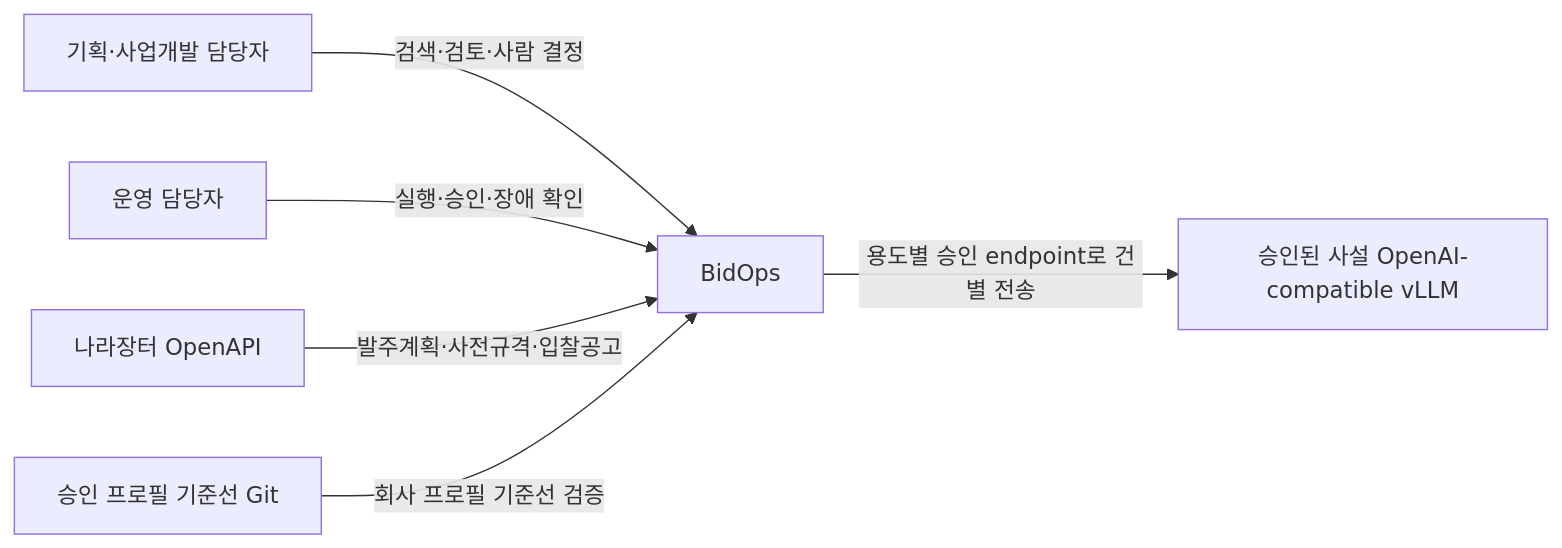
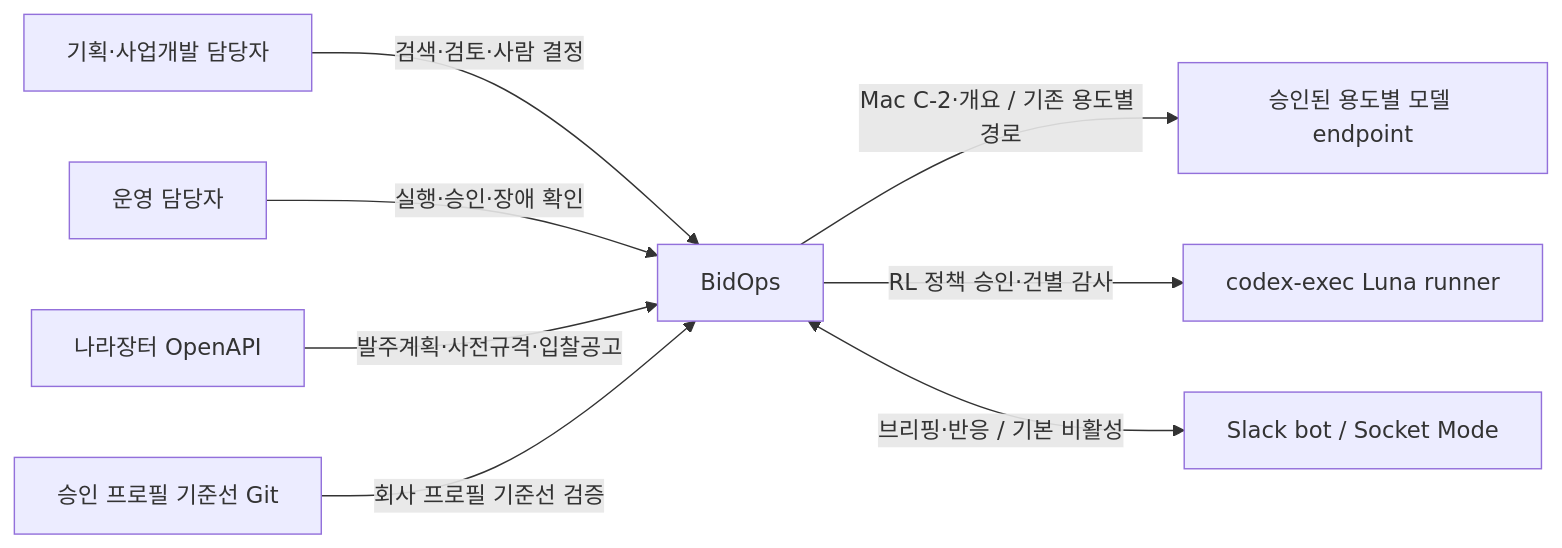
One commit to jechoiyyy/bidops changed the first of 9 diagrams in docs/ARCHITECTURE.md. Above: the diagram before and after it, drawn with Mermaid. The commit also changed other lines of this file and 70 other files, not shown here.

```diff
--- a/docs/ARCHITECTURE.md
+++ b/docs/ARCHITECTURE.md
@@ -62,15 +62,19 @@
 ~~~mermaid
 flowchart LR
     planner[기획·사업개발 담당자]
     operator[운영 담당자]
     g2b[나라장터 OpenAPI]
     git[승인 프로필 기준선 Git]
-    privatevllm[승인된 사설 OpenAI-compatible vLLM]
+    privatevllm[승인된 용도별 모델 endpoint]
+    luna[codex-exec Luna runner]
+    slack[Slack bot / Socket Mode]
     bidops[BidOps]
 
     planner -->|검색·검토·사람 결정| bidops
     operator -->|실행·승인·장애 확인| bidops
     g2b -->|발주계획·사전규격·입찰공고| bidops
     git -->|회사 프로필 기준선 검증| bidops
-    bidops -->|용도별 승인 endpoint로 건별 전송| privatevllm
+    bidops -->|Mac C-2·개요 / 기존 용도별 경로| privatevllm
+    bidops -->|RL 정책 승인·건별 감사| luna
+    bidops <-->|브리핑·반응 / 기본 비활성| slack
 ~~~
```
